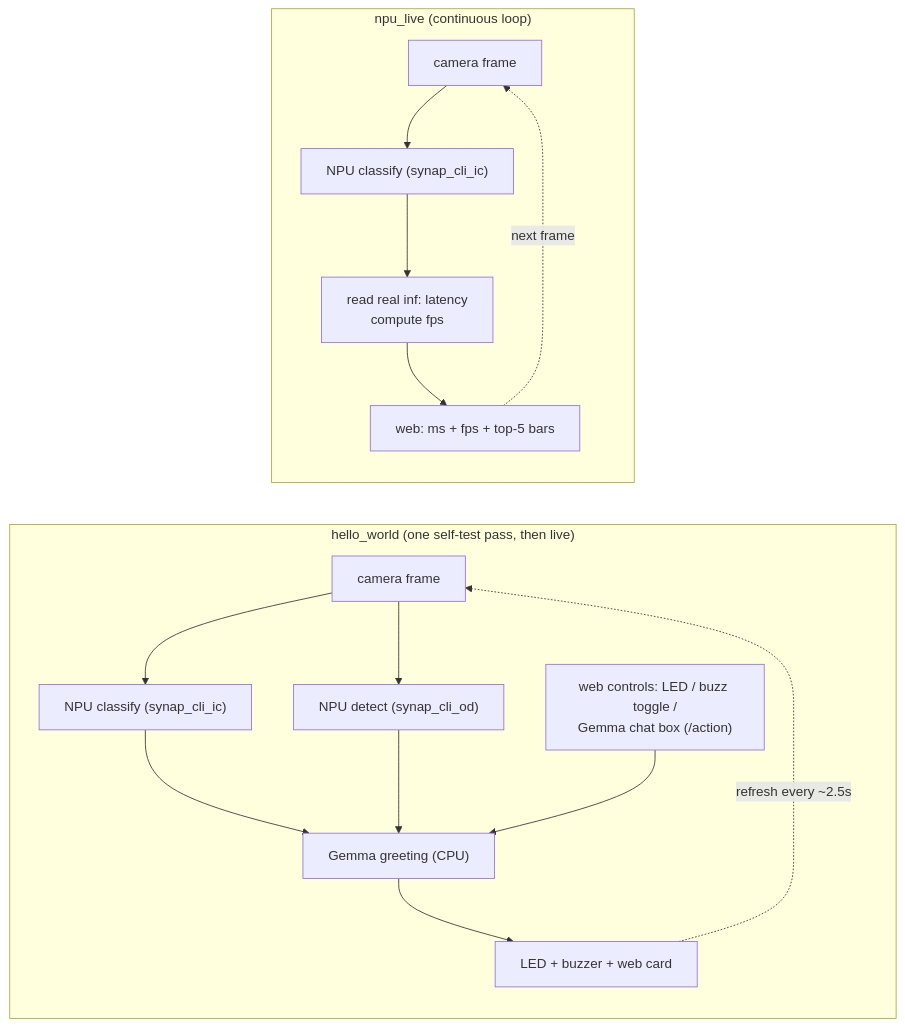
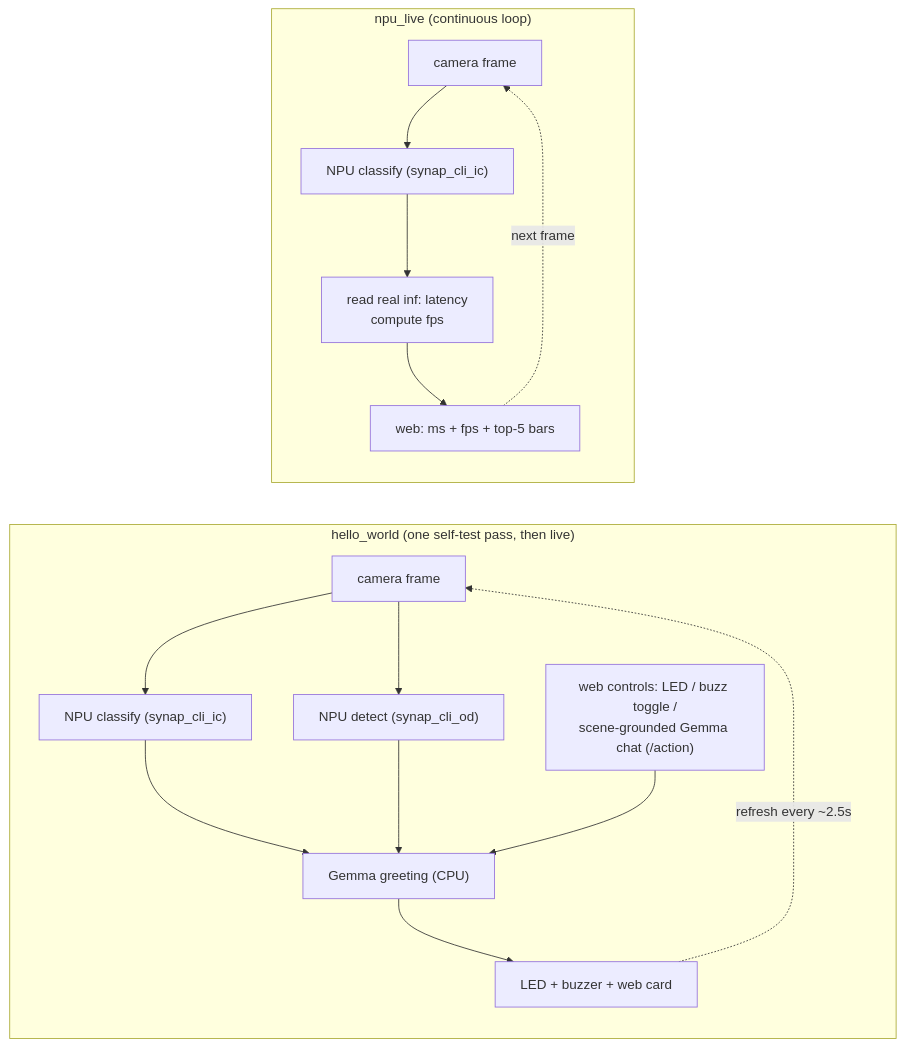
Before and after one commit to ykro/coralboard-demos: the second of 2 diagrams in README.md, drawn with Mermaid. The commit also changed other lines of this file and 4 other files, not shown here.

Commit message:
hello_world: scene-grounded chat, sharper camera (high-q JPEG + no-median denoise), declutter web UI

````diff
--- a/README.md
+++ b/README.md
@@ -53,19 +53,19 @@
 ```mermaid
 flowchart LR
   subgraph H["hello_world (one self-test pass, then live)"]
     direction TB
     h1["camera frame"] --> h2["NPU classify (synap_cli_ic)"]
     h1 --> h3["NPU detect (synap_cli_od)"]
     h2 & h3 --> h4["Gemma greeting (CPU)"]
     h4 --> h5["LED + buzzer + web card"]
     h5 -. "refresh every ~2.5s" .-> h1
-    web1["web controls: LED / buzz toggle /<br/>Gemma chat box (/action)"] --> h4
+    web1["web controls: LED / buzz toggle /<br/>scene-grounded Gemma chat (/action)"] --> h4
   end
   subgraph N["npu_live (continuous loop)"]
     direction TB
     n1["camera frame"] --> n2["NPU classify (synap_cli_ic)"]
     n2 --> n3["read real inf: latency<br/>compute fps"]
     n3 --> n4["web: ms + fps + top-5 bars"]
     n4 -. "next frame" .-> n1
   end
 ```
````
